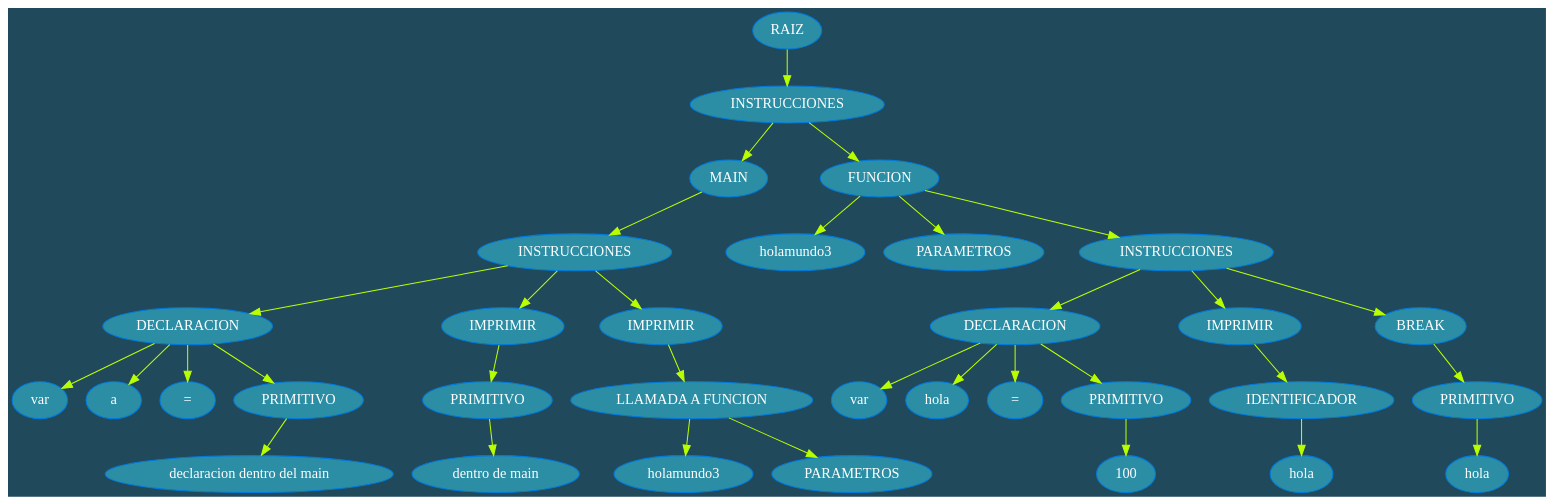
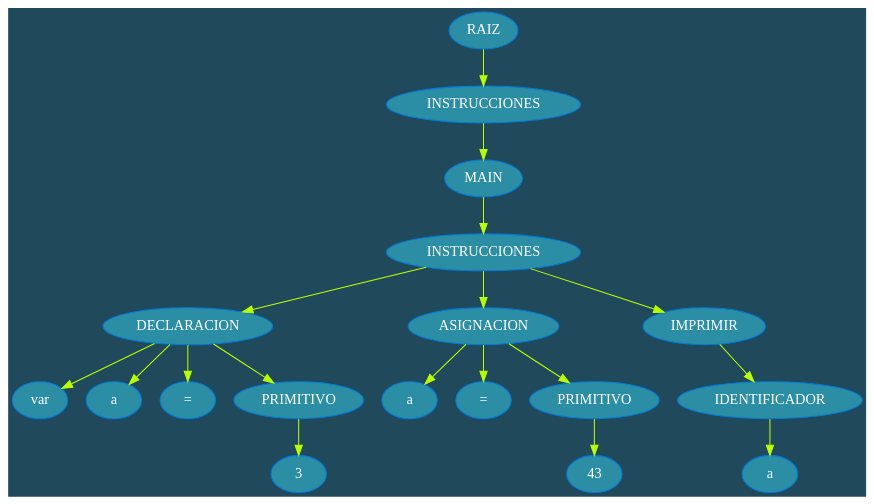
Before and after one commit to MynorSaban1906/JRP_Compi1: the diagram in ast.dot, drawn with Graphviz. The commit also changed 3 other files, not shown here.

```diff
--- a/ast.dot
+++ b/ast.dot
@@ -1,69 +1,39 @@
 digraph {
 bgcolor="#21495c ";
  edge[color ="#b9ff00"];
 node[style="filled" fillcolor="#2b8ea4 " fontcolor="white" color ="#007add"]n0[label="RAIZ"];
 n1[label="INSTRUCCIONES"];
 n0->n1;
 n2[label="MAIN"];
 n1->n2;
 n3[label="INSTRUCCIONES"];
 n2->n3;
 n4[label="DECLARACION"];
 n3->n4;
 n5[label="var"];
 n4->n5;
 n6[label="a"];
 n4->n6;
 n7[label="="];
 n4->n7;
 n8[label="PRIMITIVO"];
 n4->n8;
-n9[label="declaracion dentro del main"];
+n9[label="3"];
 n8->n9;
-n10[label="IMPRIMIR"];
+n10[label="ASIGNACION"];
 n3->n10;
-n11[label="PRIMITIVO"];
+n11[label="a"];
 n10->n11;
-n12[label="dentro de main"];
-n11->n12;
-n13[label="IMPRIMIR"];
-n3->n13;
-n14[label="LLAMADA A FUNCION"];
+n12[label="="];
+n10->n12;
+n13[label="PRIMITIVO"];
+n10->n13;
+n14[label="43"];
 n13->n14;
-n15[label="holamundo3"];
-n14->n15;
-n16[label="PARAMETROS"];
-n14->n16;
-n17[label="FUNCION"];
-n1->n17;
-n18[label="holamundo3"];
-n17->n18;
-n19[label="PARAMETROS"];
-n17->n19;
-n20[label="INSTRUCCIONES"];
-n17->n20;
-n21[label="DECLARACION"];
-n20->n21;
-n22[label="var"];
-n21->n22;
-n23[label="hola"];
-n21->n23;
-n24[label="="];
-n21->n24;
-n25[label="PRIMITIVO"];
-n21->n25;
-n26[label="100"];
-n25->n26;
-n27[label="IMPRIMIR"];
-n20->n27;
-n28[label="IDENTIFICADOR"];
-n27->n28;
-n29[label="hola"];
-n28->n29;
-n30[label="BREAK"];
-n20->n30;
-n31[label="PRIMITIVO"];
-n30->n31;
-n32[label="hola"];
-n31->n32;
+n15[label="IMPRIMIR"];
+n3->n15;
+n16[label="IDENTIFICADOR"];
+n15->n16;
+n17[label="a"];
+n16->n17;
 }
```
